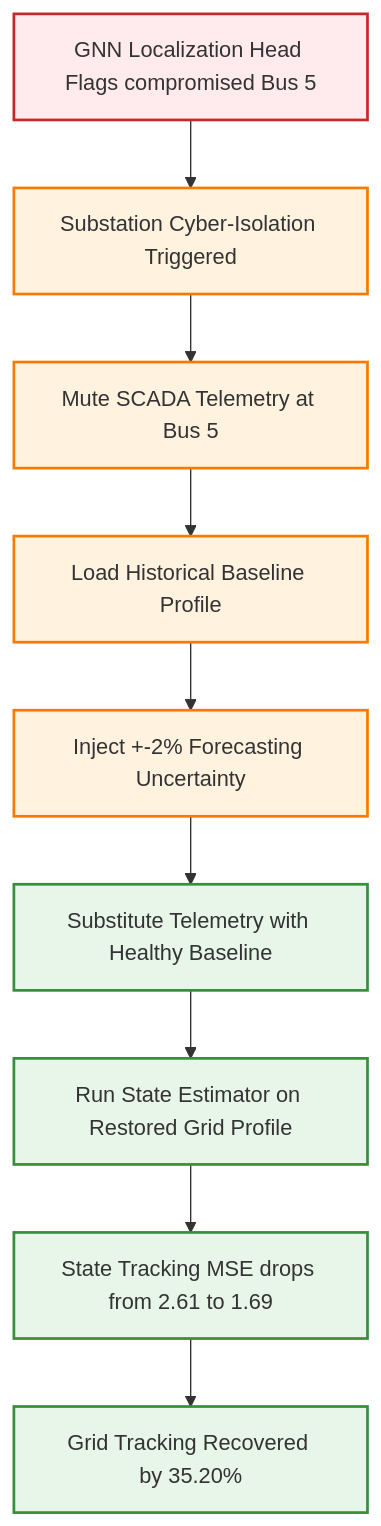
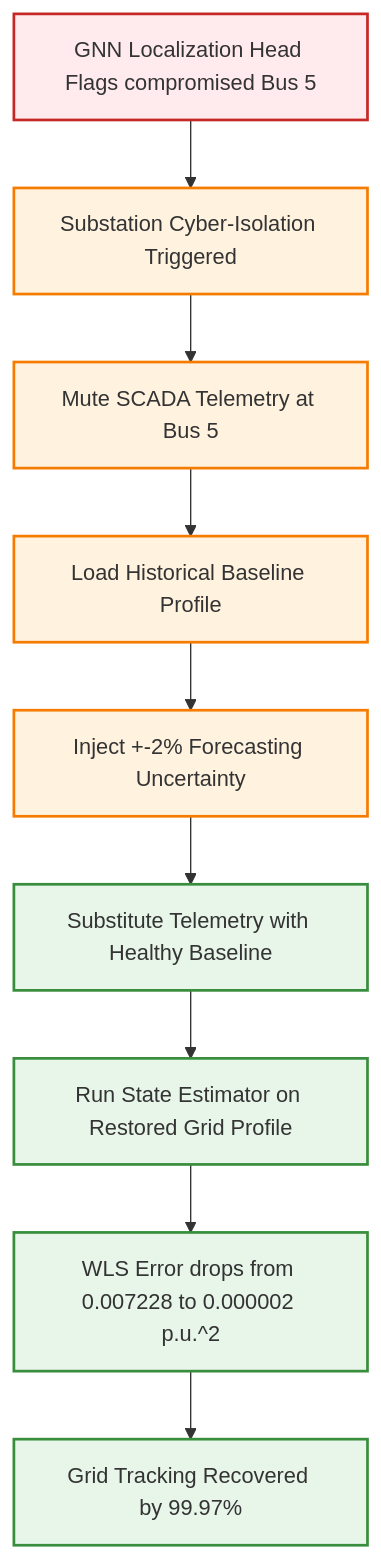
The second of 2 diagrams in docs/guides/Flowcharts_and_Prompts_Guide.md (himanshu-2l/Graph-Digital-Twin-XAI-), drawn with Mermaid before and after one commit. The commit also changed other lines of this file and 1 other file, not shown here.

Commit message:
docs(guides): sync flowcharts and presentation script with latest WLS & 5-seed metrics

````diff
--- a/docs/guides/Flowcharts_and_Prompts_Guide.md
+++ b/docs/guides/Flowcharts_and_Prompts_Guide.md
@@ -51,19 +51,19 @@
 ```mermaid
 graph TD
     %% Define Styles
     classDef detection fill:#ffebee,stroke:#c62828,stroke-width:2px;
     classDef action fill:#fff3e0,stroke:#f57c00,stroke-width:2px;
     classDef restoration fill:#e8f5e9,stroke:#388e3c,stroke-width:2px;
 
     %% Nodes
     A[GNN Localization Head Flags compromised Bus 5]:::detection --> B[Substation Cyber-Isolation Triggered]:::action
     B --> C[Mute SCADA Telemetry at Bus 5]:::action
     C --> D[Load Historical Baseline Profile]:::action
     D --> E[Inject +-2% Forecasting Uncertainty]:::action
     E --> F[Substitute Telemetry with Healthy Baseline]:::restoration
     F --> G[Run State Estimator on Restored Grid Profile]:::restoration
-    G --> H[State Tracking MSE drops from 2.61 to 1.69]:::restoration
-    H --> I[Grid Tracking Recovered by 35.20%]:::restoration
+    G --> H[WLS Error drops from 0.007228 to 0.000002 p.u.^2]:::restoration
+    H --> I[Grid Tracking Recovered by 99.97%]:::restoration
 
     %% Style Assignment
 ```
````
